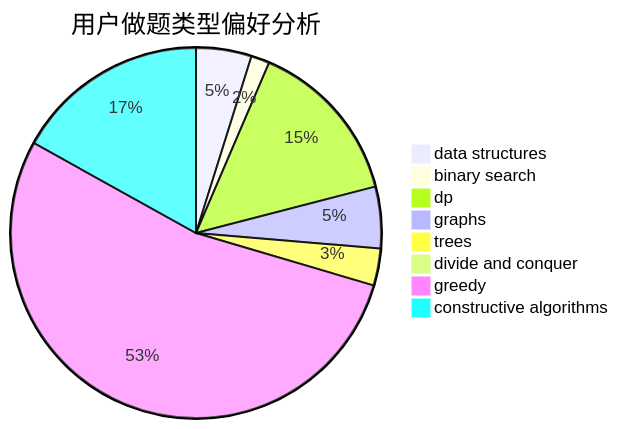
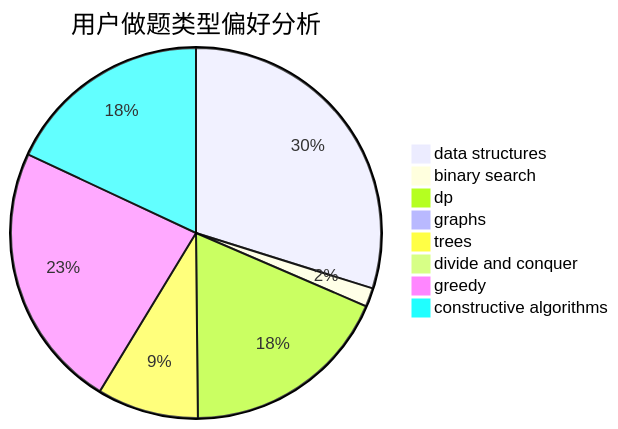
One commit to sherpahu/cfrs.github.io changed the second of 3 diagrams in docs/user/u277.md. Above: the diagram before and after it, drawn with Mermaid. The commit also changed other lines of this file and 2770 other files, not shown here.

````diff
--- a/docs/user/u277.md
+++ b/docs/user/u277.md
@@ -23,11 +23,11 @@
 ```mermaid
 pie title 用户做题类型偏好分析
-    "data structures" :  18
-    "binary search" :  6
-    "dp" :  54
-    "graphs" :  20
-    "trees" :  12
+    "data structures" :  91
+    "binary search" :  5
+    "dp" :  56
+    "graphs" :  3
+    "trees" :  27
     "divide and conquer" :  0
-    "greedy" :  199
-    "constructive algorithms" :  63
+    "greedy" :  71
+    "constructive algorithms" :  55
 ```
````
